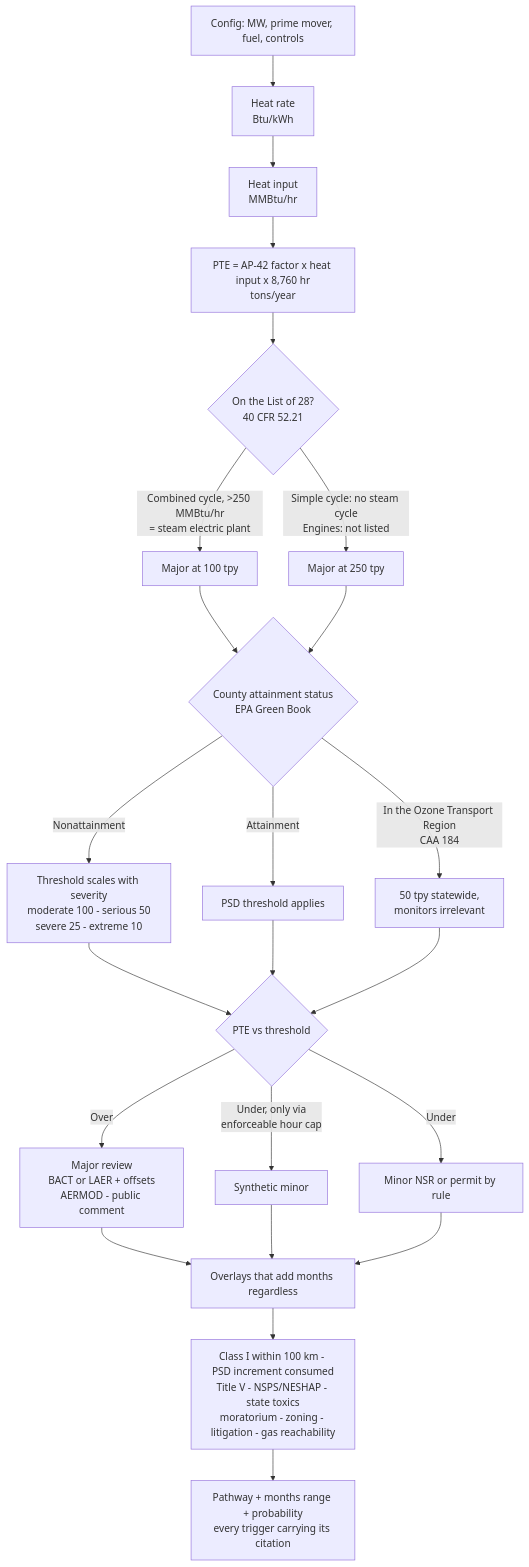
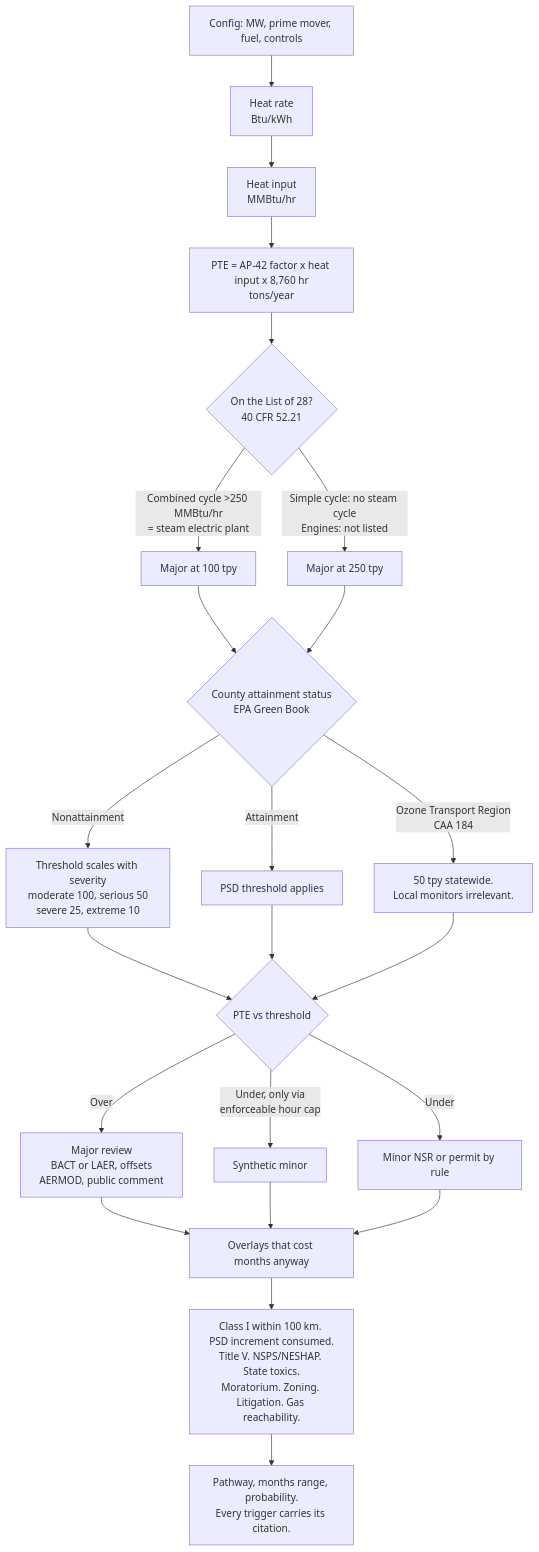
Before and after one commit to akshatsingh-dev/groundtruth: the first of 2 diagrams in README.md, drawn with Mermaid. The commit also changed other lines of this file and 3 other files, not shown here.

````diff
--- a/README.md
+++ b/README.md
@@ -39,32 +39,32 @@
 ```mermaid
 flowchart TD
     A["Config: MW, prime mover, fuel, controls"] --> B["Heat rate<br/>Btu/kWh"]
     B --> C["Heat input<br/>MMBtu/hr"]
     C --> D["PTE = AP-42 factor x heat input x 8,760 hr<br/>tons/year"]
 
     D --> E{"On the List of 28?<br/>40 CFR 52.21"}
-    E -->|"Combined cycle, >250 MMBtu/hr<br/>= steam electric plant"| F["Major at 100 tpy"]
+    E -->|"Combined cycle >250 MMBtu/hr<br/>= steam electric plant"| F["Major at 100 tpy"]
     E -->|"Simple cycle: no steam cycle<br/>Engines: not listed"| G["Major at 250 tpy"]
 
     F --> H{"County attainment status<br/>EPA Green Book"}
     G --> H
 
-    H -->|"Nonattainment"| I["Threshold scales with severity<br/>moderate 100 - serious 50<br/>severe 25 - extreme 10"]
+    H -->|"Nonattainment"| I["Threshold scales with severity<br/>moderate 100, serious 50<br/>severe 25, extreme 10"]
     H -->|"Attainment"| J["PSD threshold applies"]
-    H -->|"In the Ozone Transport Region<br/>CAA 184"| K["50 tpy statewide,<br/>monitors irrelevant"]
+    H -->|"Ozone Transport Region<br/>CAA 184"| K["50 tpy statewide.<br/>Local monitors irrelevant."]
 
     I --> L{"PTE vs threshold"}
     J --> L
     K --> L
 
-    L -->|"Over"| M["Major review<br/>BACT or LAER + offsets<br/>AERMOD - public comment"]
+    L -->|"Over"| M["Major review<br/>BACT or LAER, offsets<br/>AERMOD, public comment"]
     L -->|"Under, only via<br/>enforceable hour cap"| N["Synthetic minor"]
     L -->|"Under"| O["Minor NSR or permit by rule"]
 
-    M --> P["Overlays that add months regardless"]
+    M --> P["Overlays that cost months anyway"]
     N --> P
     O --> P
 
-    P --> Q["Class I within 100 km - PSD increment consumed<br/>Title V - NSPS/NESHAP - state toxics<br/>moratorium - zoning - litigation - gas reachability"]
-    Q --> R["Pathway + months range + probability<br/>every trigger carrying its citation"]
+    P --> Q["Class I within 100 km. PSD increment consumed.<br/>Title V. NSPS/NESHAP. State toxics.<br/>Moratorium. Zoning. Litigation. Gas reachability."]
+    Q --> R["Pathway, months range, probability.<br/>Every trigger carries its citation."]
 ```
````
